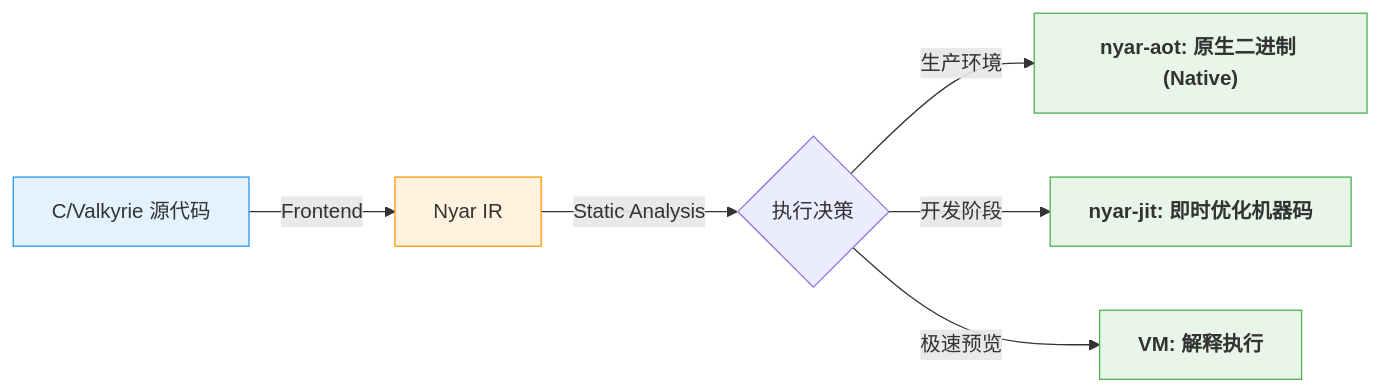
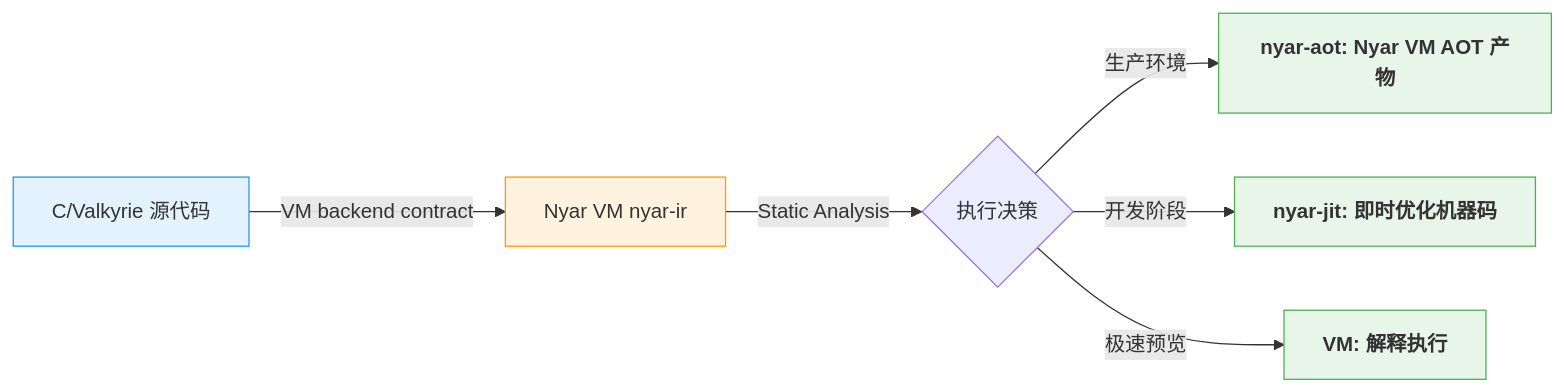
Before and after one commit to nyar-vm/nyar-vm: the second of 6 diagrams in readme.md, drawn with Mermaid. The commit also changed other lines of this file and 26 other files, not shown here.

````diff
--- a/readme.md
+++ b/readme.md
@@ -66,13 +65,13 @@
 ```mermaid
 graph LR
     classDef source fill:#e3f2fd,stroke:#2196f3;
     classDef process fill:#fff3e0,stroke:#ff9800;
     classDef target fill:#e8f5e9,stroke:#4caf50,font-weight:bold;
 
-    Src["C/Valkyrie 源代码"]:::source -->|Frontend| IR["Nyar IR"]:::process
+    Src["C/Valkyrie 源代码"]:::source -->|VM backend contract| IR["Nyar VM nyar-ir"]:::process
     IR -->|Static Analysis| Plan{"执行决策"}
     
-    Plan -->|生产环境| AOT["nyar-aot: 原生二进制 (Native)"]:::target
+    Plan -->|生产环境| AOT["nyar-aot: Nyar VM AOT 产物"]:::target
     Plan -->|开发阶段| JIT["nyar-jit: 即时优化机器码"]:::target
     Plan -->|极速预览| Interp["VM: 解释执行"]:::target
 ```
````
